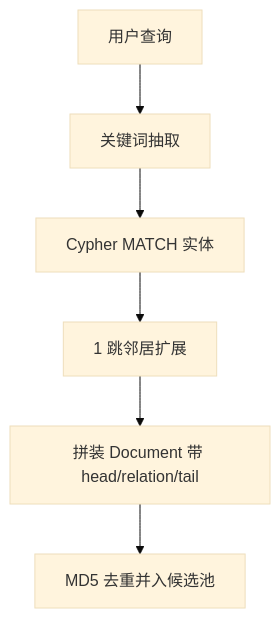
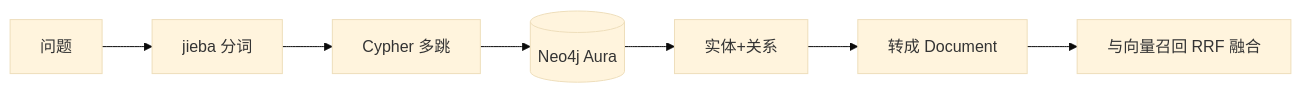
Before and after one commit to asfhkkkvh/agent: the eighth of 16 diagrams in docs/omnirag_learning_doc.md, drawn with Mermaid (base theme). The commit also changed other lines of this file and 23 other files, not shown here.

First line of the commit message:
feat: LLM 迁移智谱 GLM + 移除知识图谱 + RAGAS 改轻量评估

````diff
--- a/docs/omnirag_learning_doc.md
+++ b/docs/omnirag_learning_doc.md
@@ -768,8 +869,9 @@
 ```mermaid
-flowchart TB
-    Q[用户查询] --> K[关键词抽取]
-    K --> C[Cypher MATCH 实体]
-    C --> N[1 跳邻居扩展]
-    N --> D[拼装 Document 带 head/relation/tail]
-    D --> M[MD5 去重并入候选池]
+flowchart LR
+    Q[问题] --> JB[jieba 分词]
+    JB --> CY[Cypher 多跳]
+    CY --> N4[(Neo4j Aura)]
+    N4 --> R[实体+关系]
+    R --> DOC[转成 Document]
+    DOC --> RRF[与向量召回 RRF 融合]
 ```
````
